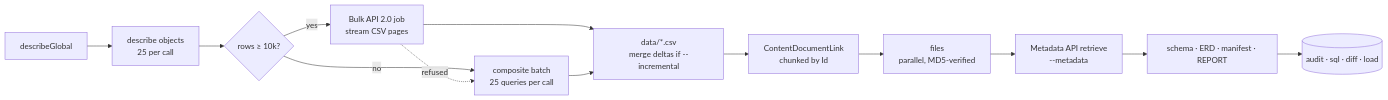
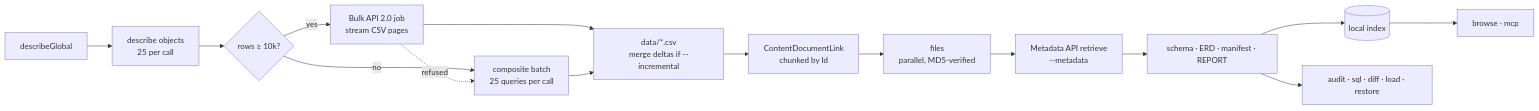
One commit to akhsterminator/sf-exit changed the diagram in README.md. Above: the diagram before and after it, drawn with Mermaid. The commit also changed other lines of this file and 30 other files, not shown here.

First line of the commit message:
Browse, MCP server, restore, health score, parallel audit and diff

````diff
--- a/README.md
+++ b/README.md
@@ -148,14 +189,16 @@
 ```mermaid
 flowchart LR
   A[describeGlobal] --> B[describe objects<br/>25 per call]
   B --> C{rows ≥ 10k?}
   C -- yes --> D[Bulk API 2.0 job<br/>stream CSV pages]
   C -- no --> E[composite batch<br/>25 queries per call]
   D -. refused .-> E
   D & E --> F[data/*.csv<br/>merge deltas if --incremental]
   F --> G[ContentDocumentLink<br/>chunked by Id]
   G --> H[files<br/>parallel, MD5-verified]
   H --> M[Metadata API retrieve<br/>--metadata]
   M --> I[schema · ERD · manifest · REPORT]
-  I --> J[(audit · sql · diff · load)]
+  I --> J[(local index)]
+  J --> K[browse · mcp]
+  I --> L[audit · sql · diff · load · restore]
 ```
````
